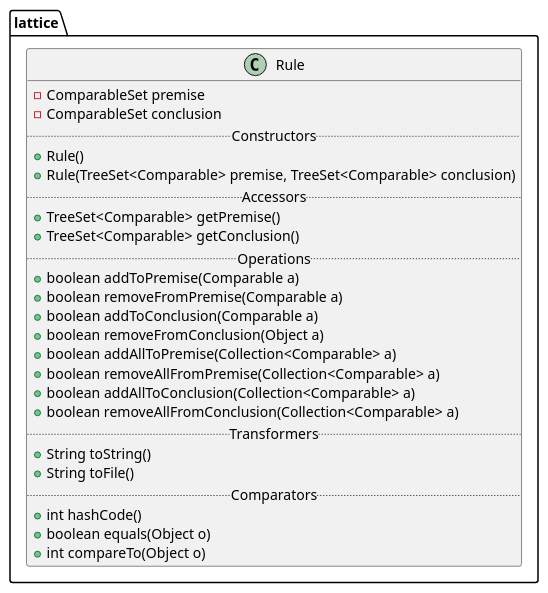
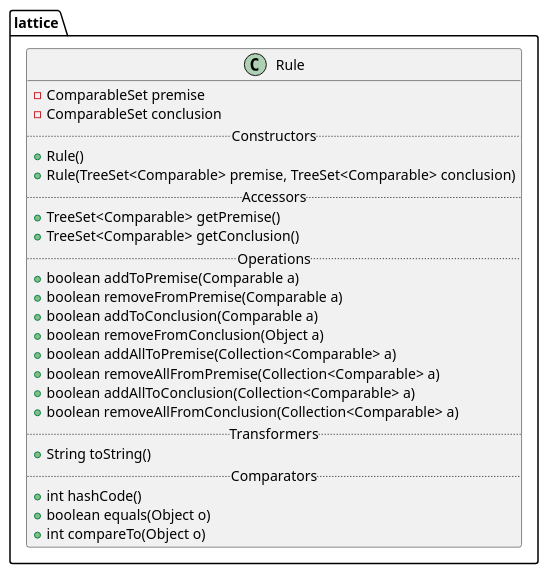
The diagram in src/lattice/Rule.iuml (thegalactic/java-lattices), drawn with PlantUML before and after one commit.

Commit message:
Update iuml

```diff
--- a/src/lattice/Rule.iuml
+++ b/src/lattice/Rule.iuml
@@ -1,28 +1,27 @@
 package lattice {
     class Rule {
         -ComparableSet premise
         -ComparableSet conclusion
         .. Constructors ..
         +Rule()
         +Rule(TreeSet<Comparable> premise, TreeSet<Comparable> conclusion)
         .. Accessors ..
         +TreeSet<Comparable> getPremise()
         +TreeSet<Comparable> getConclusion()
         .. Operations ..
         +boolean addToPremise(Comparable a)
         +boolean removeFromPremise(Comparable a)
         +boolean addToConclusion(Comparable a)
         +boolean removeFromConclusion(Object a)
         +boolean addAllToPremise(Collection<Comparable> a)
         +boolean removeAllFromPremise(Collection<Comparable> a)
         +boolean addAllToConclusion(Collection<Comparable> a)
         +boolean removeAllFromConclusion(Collection<Comparable> a)
         .. Transformers ..
         +String toString()
-        +String toFile()
         .. Comparators ..
         +int hashCode()
         +boolean equals(Object o)
         +int compareTo(Object o)
     }
 }
```
